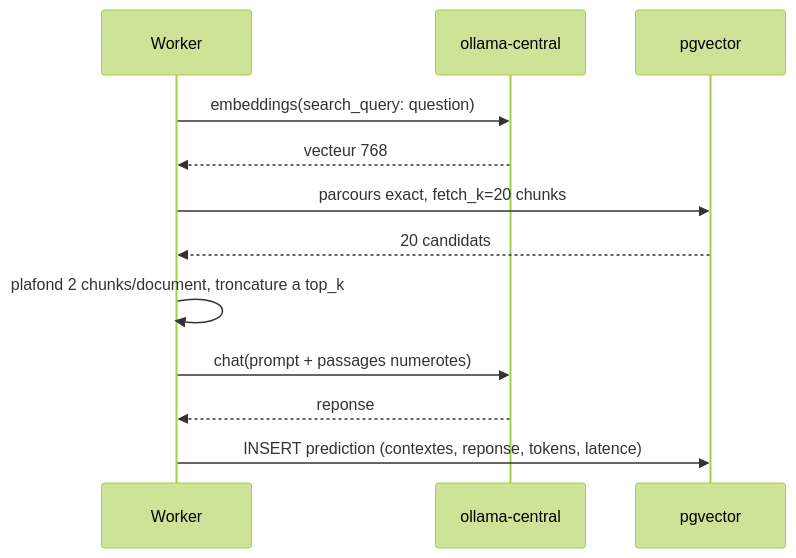
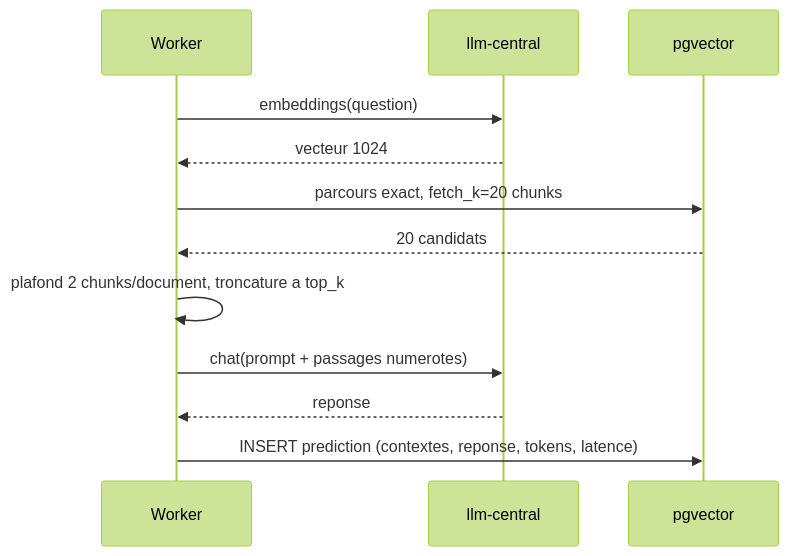
One commit to floSa/RAG-Eval-Bench changed the second of 2 diagrams in docs/ARCHITECTURE.md. Above: the diagram before and after it, drawn with Mermaid (forest theme). The commit also changed other lines of this file and 2 other files, not shown here.

Commit message:
Documentation : service LLM central (adresse, alias, clé), procédure de réindexation vers embed

````diff
--- a/docs/ARCHITECTURE.md
+++ b/docs/ARCHITECTURE.md
@@ -108,14 +108,14 @@
 ```mermaid
 sequenceDiagram
   participant W as Worker
-  participant O as ollama-central
+  participant O as llm-central
   participant P as pgvector
-  W->>O: embeddings(search_query: question)
-  O-->>W: vecteur 768
+  W->>O: embeddings(question)
+  O-->>W: vecteur 1024
   W->>P: parcours exact, fetch_k=20 chunks
   P-->>W: 20 candidats
   W->>W: plafond 2 chunks/document, troncature a top_k
   W->>O: chat(prompt + passages numerotes)
   O-->>W: reponse
   W->>P: INSERT prediction (contextes, reponse, tokens, latence)
 ```
````
